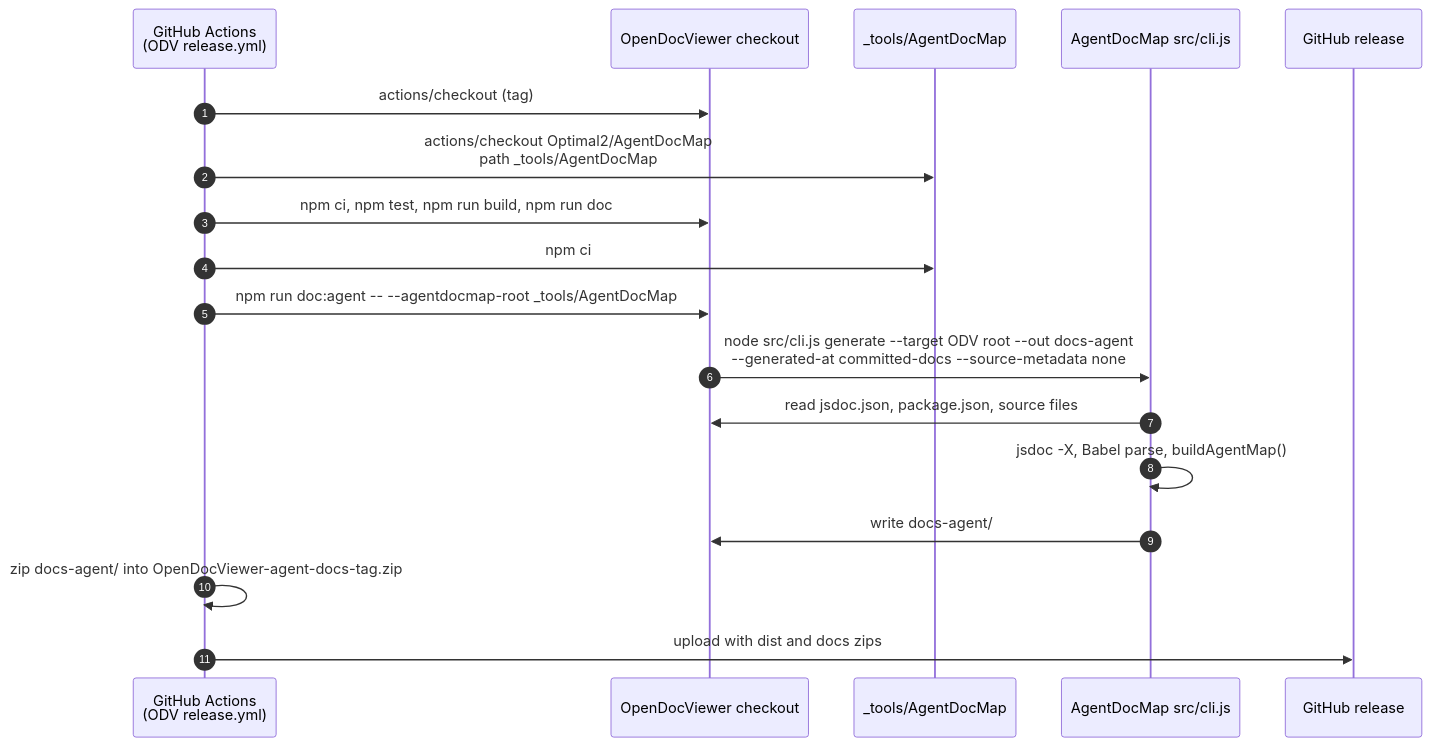
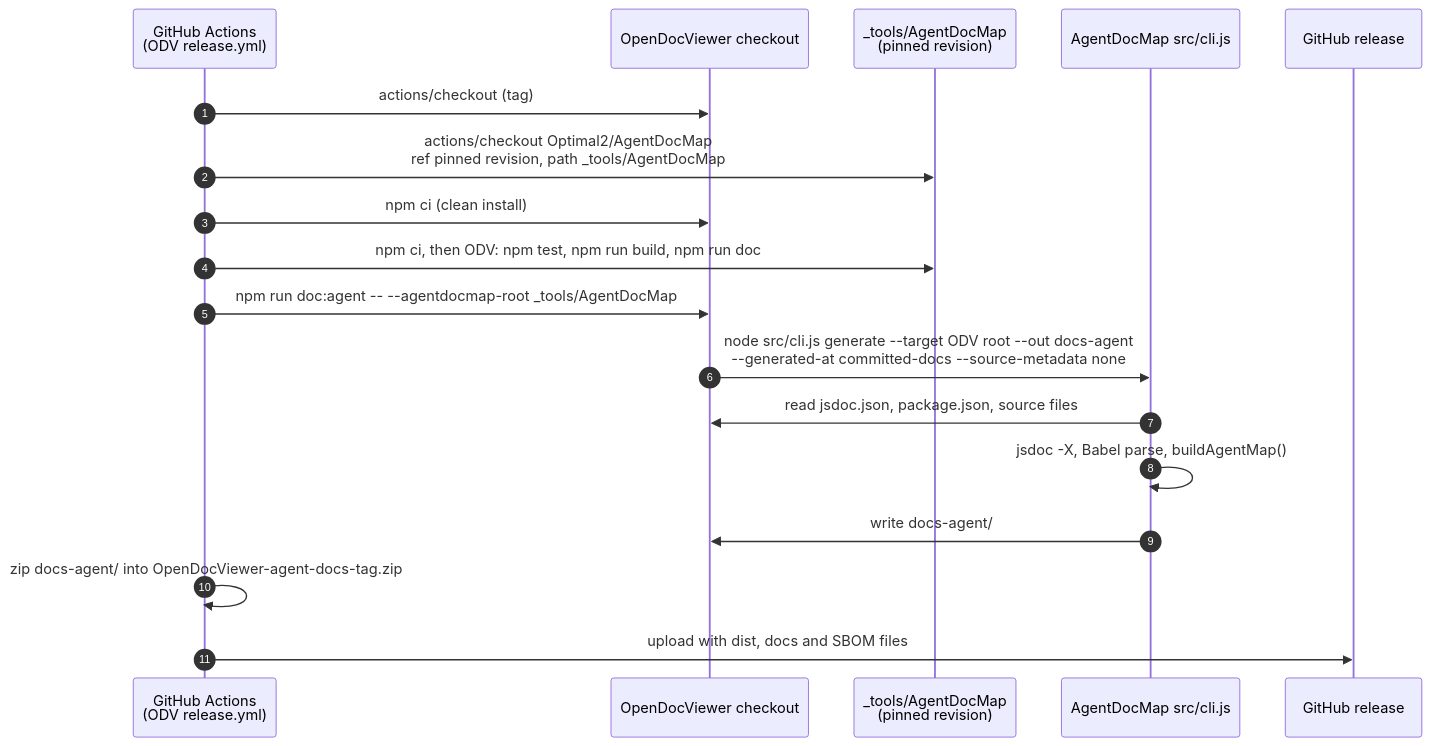
One commit to Optimal2/AgentDocMap changed the fourth of 4 diagrams in README.md. Above: the diagram before and after it, drawn with Mermaid. The commit also changed other lines of this file, not shown here.

````diff
--- a/README.md
+++ b/README.md
@@ -562,21 +563,21 @@
 ```mermaid
 sequenceDiagram
     autonumber
     participant GH as GitHub Actions<br/>(ODV release.yml)
     participant ODV as OpenDocViewer checkout
-    participant ADM as _tools/AgentDocMap
+    participant ADM as _tools/AgentDocMap<br/>(pinned revision)
     participant CLI as AgentDocMap src/cli.js
     participant REL as GitHub release
 
     GH->>ODV: actions/checkout (tag)
-    GH->>ADM: actions/checkout Optimal2/AgentDocMap<br/>path _tools/AgentDocMap
-    GH->>ODV: npm ci, npm test, npm run build, npm run doc
-    GH->>ADM: npm ci
+    GH->>ADM: actions/checkout Optimal2/AgentDocMap<br/>ref pinned revision, path _tools/AgentDocMap
+    GH->>ODV: npm ci (clean install)
+    GH->>ADM: npm ci, then ODV: npm test, npm run build, npm run doc
     GH->>ODV: npm run doc:agent -- --agentdocmap-root _tools/AgentDocMap
     ODV->>CLI: node src/cli.js generate --target ODV root --out docs-agent<br/>--generated-at committed-docs --source-metadata none
     CLI->>ODV: read jsdoc.json, package.json, source files
     CLI->>CLI: jsdoc -X, Babel parse, buildAgentMap()
     CLI->>ODV: write docs-agent/
     GH->>GH: zip docs-agent/ into OpenDocViewer-agent-docs-tag.zip
-    GH->>REL: upload with dist and docs zips
+    GH->>REL: upload with dist, docs and SBOM files
 ```
````
